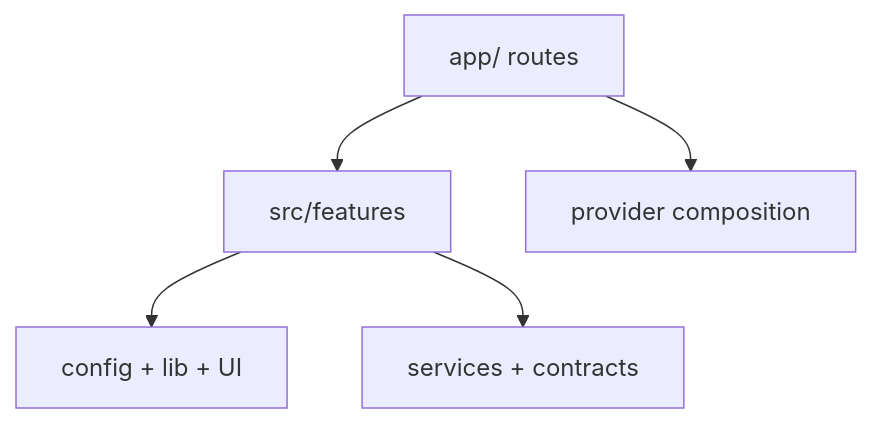
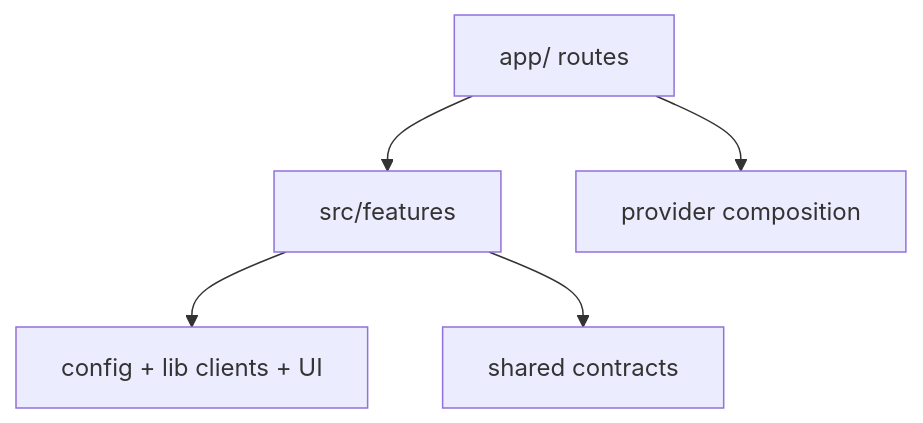
One commit to anhtuanleee/trending-map changed the diagram in docs/architecture/mobile.md. Above: the diagram before and after it, drawn with Mermaid. The commit also changed other lines of this file and 23 other files, not shown here.

Commit message:
feat(mobile): clarify Supabase API architecture

````diff
--- a/docs/architecture/mobile.md
+++ b/docs/architecture/mobile.md
@@ -16,7 +16,7 @@
 ```mermaid
 flowchart TB
   Routes["app/ routes"] --> Features["src/features"]
-  Features --> Shared["config + lib + UI"]
-  Features --> Services["services + contracts"]
+  Features --> Shared["config + lib clients + UI"]
+  Features --> Contracts["shared contracts"]
   Routes --> Providers["provider composition"]
 ```
````
